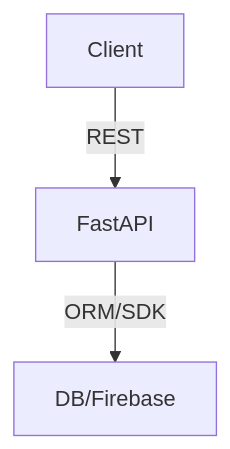
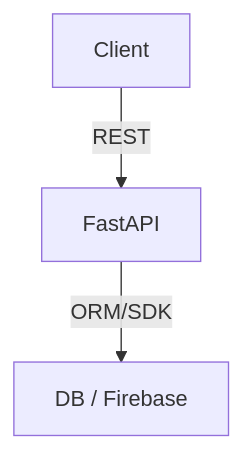
Before and after one commit to Arya182-ui/YatraOne: the second of 2 diagrams in backend/README.md, drawn with Mermaid. The commit also changed other lines of this file, not shown here.

Commit message:
Refine data flow diagram in README.md

````diff
--- a/backend/README.md
+++ b/backend/README.md
@@ -149,4 +149,4 @@
 ```mermaid
 graph TD
-  Client -->|REST| FastAPI -->|ORM/SDK| DB/Firebase
+  Client[Client] -->|REST| FastAPI[FastAPI] -->|ORM/SDK| DB_Firebase["DB / Firebase"]
 ```
````
